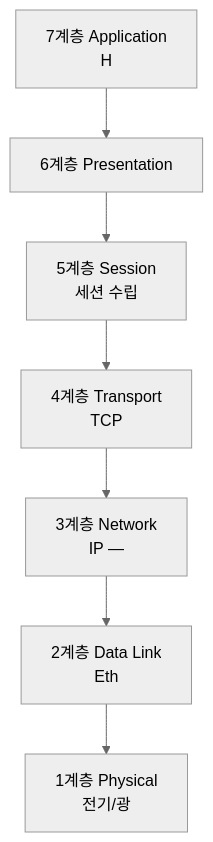
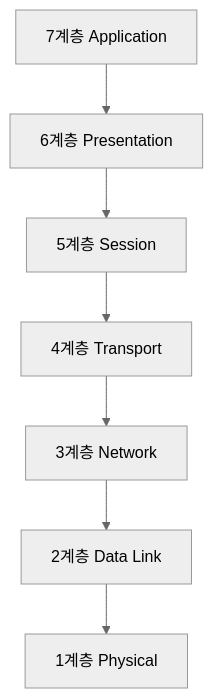
The first of 6 diagrams in _posts/network/2026-05-01-osi-7-layer.md (yjkim2015/yjkim2015.github.io), drawn with Mermaid (neutral theme) before and after one commit. The commit also changed 217 other files, not shown here.

First line of the commit message:
Mermaid 크기 수정: useMaxWidth:true + SVG max-width:100% + 라벨 축소

````diff
--- a/_posts/network/2026-05-01-osi-7-layer.md
+++ b/_posts/network/2026-05-01-osi-7-layer.md
@@ -20,11 +20,11 @@
 ```mermaid
 graph TD
-    L7["7계층 Application\nH"]
-    L6["6계층 Presentation\n"]
-    L5["5계층 Session\n세션 수립"]
-    L4["4계층 Transport\nTCP"]
-    L3["3계층 Network\nIP —"]
-    L2["2계층 Data Link\nEth"]
-    L1["1계층 Physical\n전기/광"]
+    L7["7계층 Application"]
+    L6["6계층 Presentation"]
+    L5["5계층 Session"]
+    L4["4계층 Transport"]
+    L3["3계층 Network"]
+    L2["2계층 Data Link"]
+    L1["1계층 Physical"]
     L7 --> L6 --> L5 --> L4 --> L3 --> L2 --> L1
 ```
````
